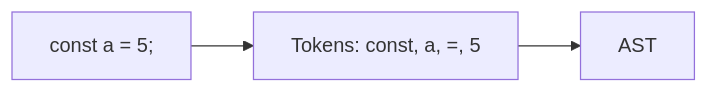
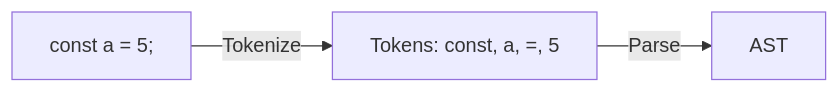
One commit to rajmpawar-hash/ByteNotes changed the second of 4 diagrams in src/notes/javascript/5-async/02-async/02-js-engine-architecture.md. Above: the diagram before and after it, drawn with Mermaid. The commit also changed other lines of this file and 28 other files, not shown here.

````diff
--- a/src/notes/javascript/5-async/02-async/02-js-engine-architecture.md
+++ b/src/notes/javascript/5-async/02-async/02-js-engine-architecture.md
@@ -22,4 +30,5 @@
 ```mermaid
 flowchart LR
-    A[const a = 5;] --> B[Tokens: const, a, =, 5] --> C[AST]
+    A[const a = 5;] -->|Tokenize| B[Tokens: const, a, =, 5]
+    B -->|Parse| C[AST]
 ```
````
